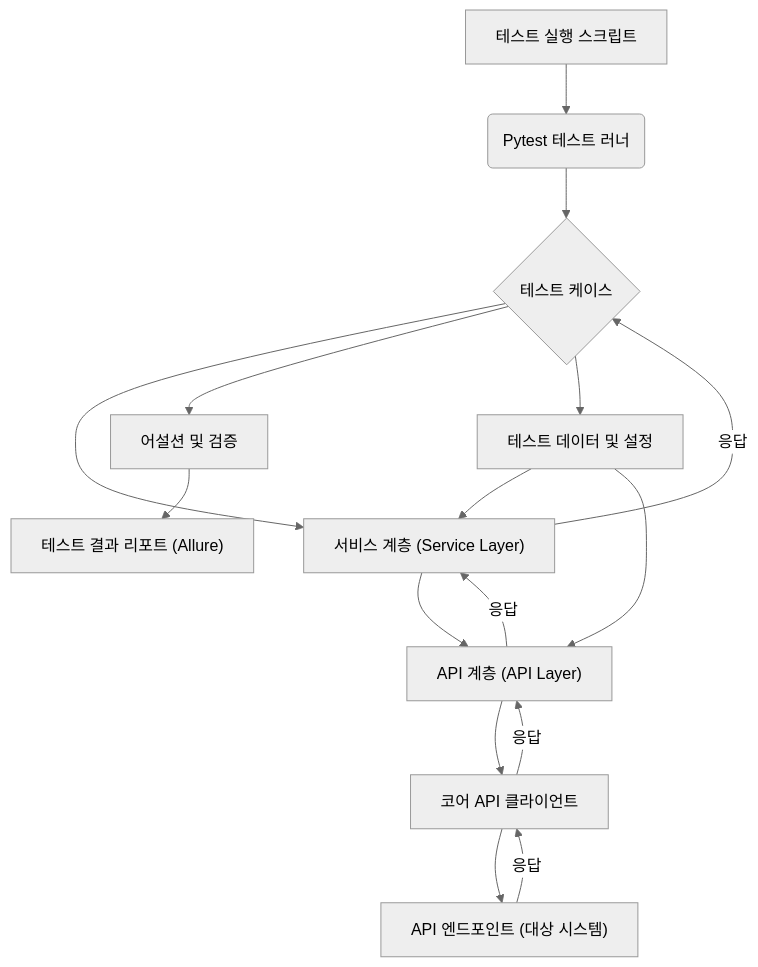
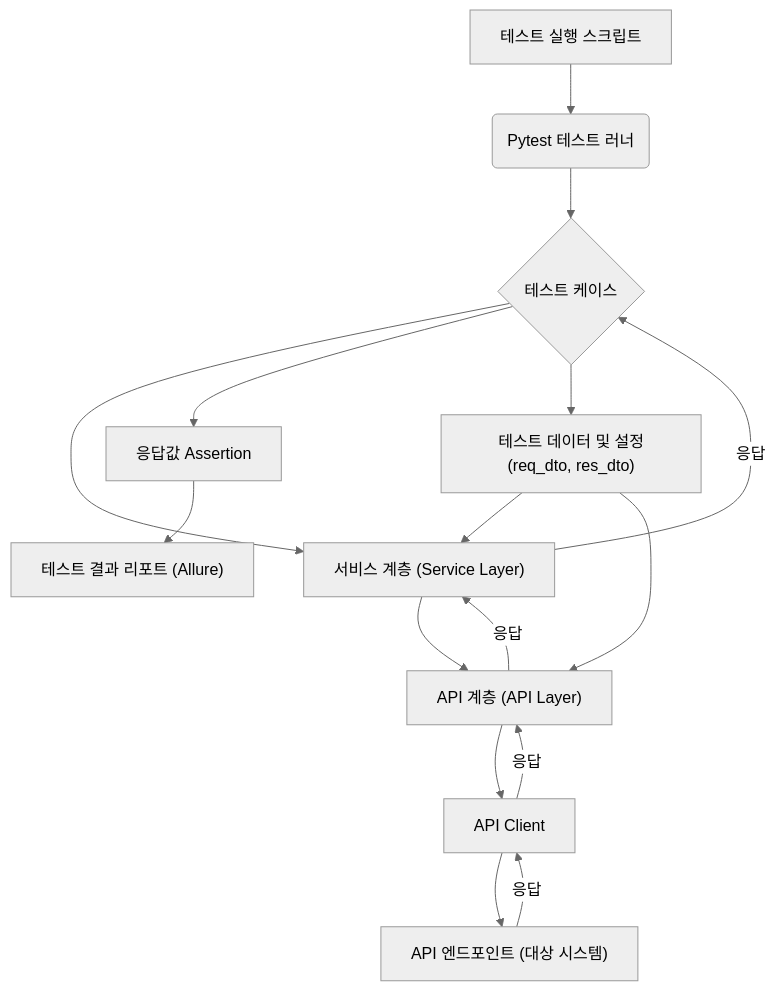
One commit to jangilOh51/wh_task changed the diagram in output/SystemArchitecture.md. Above: the diagram before and after it, drawn with Mermaid (neutral theme). The commit also changed other lines of this file and 1 other file, not shown here.

````diff
--- a/output/SystemArchitecture.md
+++ b/output/SystemArchitecture.md
@@ -15,18 +15,18 @@
 ```mermaid
 graph TD
     A[테스트 실행 스크립트] --> B(Pytest 테스트 러너)
     B --> C{테스트 케이스}
     C --> D["서비스 계층 (Service Layer)"]
     D --> E["API 계층 (API Layer)"]
-    E --> F["코어 API 클라이언트"]
+    E --> F["API Client"]
     F --> G["API 엔드포인트 (대상 시스템)"]
     G -- 응답 --> F
     F -- 응답 --> E
     E -- 응답 --> D
     D -- 응답 --> C
-    C --> H[어설션 및 검증]
+    C --> H[응답값 Assertion]
     H --> I["테스트 결과 리포트 (Allure)"]
-    C --> J["테스트 데이터 및 설정"]
+    C --> J["테스트 데이터 및 설정(req_dto, res_dto)"]
     J --> D
     J --> E
 ```
````
